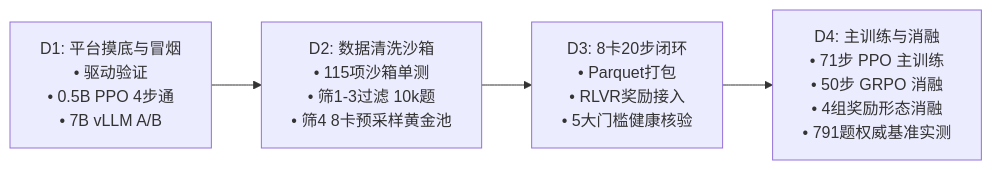
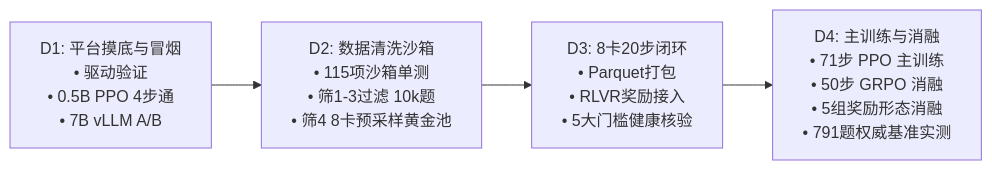
The second of 3 diagrams in README.md (hujiabao200612-glitch/Ascend-910B-PPO-RLHF), drawn with Mermaid before and after one commit. The commit also changed other lines of this file and 36 other files, not shown here.

````diff
--- a/README.md
+++ b/README.md
@@ -111,6 +270,6 @@
 ```mermaid
 flowchart LR
     D1["D1: 平台摸底与冒烟<br/>• 驱动验证<br/>• 0.5B PPO 4步通<br/>• 7B vLLM A/B"] --> D2["D2: 数据清洗沙箱<br/>• 115项沙箱单测<br/>• 筛1-3过滤 10k题<br/>• 筛4 8卡预采样黄金池"]
     D2 --> D3["D3: 8卡20步闭环<br/>• Parquet打包<br/>• RLVR奖励接入<br/>• 5大门槛健康核验"]
-    D3 --> D4["D4: 主训练与消融<br/>• 71步 PPO 主训练<br/>• 50步 GRPO 消融<br/>• 4组奖励形态消融<br/>• 791题权威基准实测"]
+    D3 --> D4["D4: 主训练与消融<br/>• 71步 PPO 主训练<br/>• 50步 GRPO 消融<br/>• 5组奖励形态消融<br/>• 791题权威基准实测"]
 ```
````
